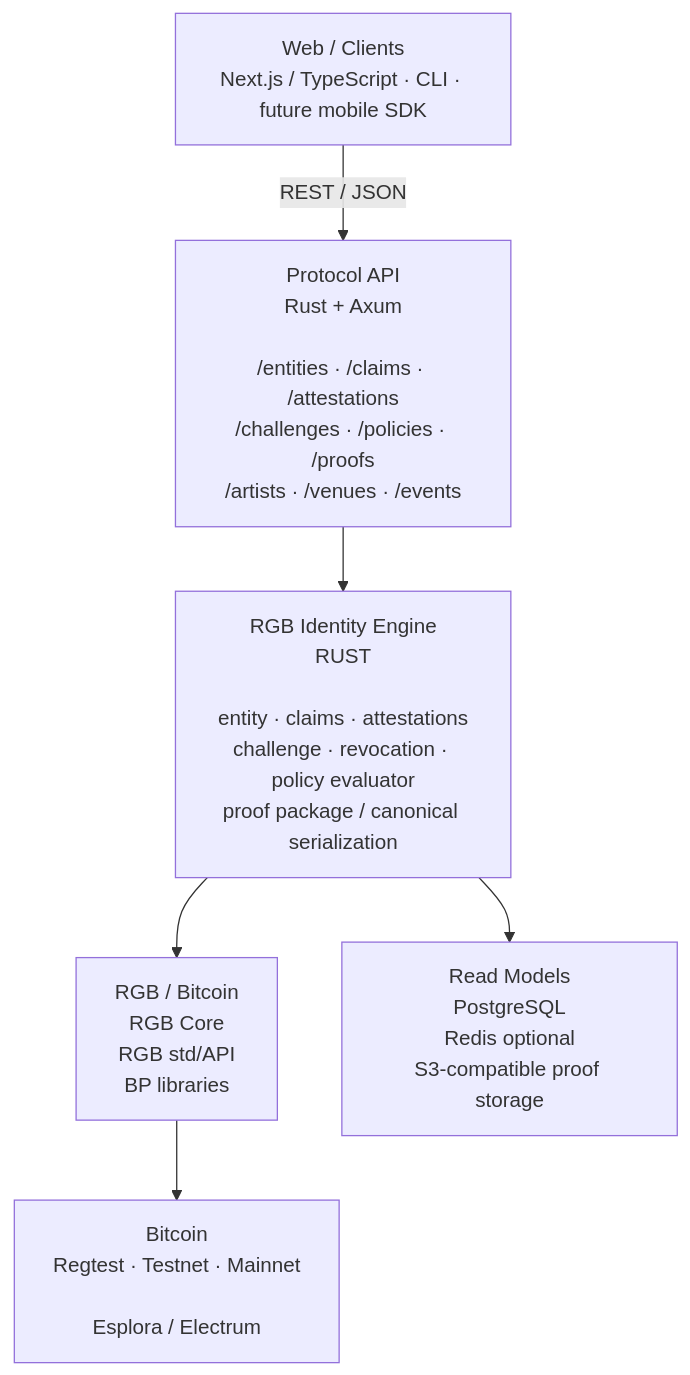
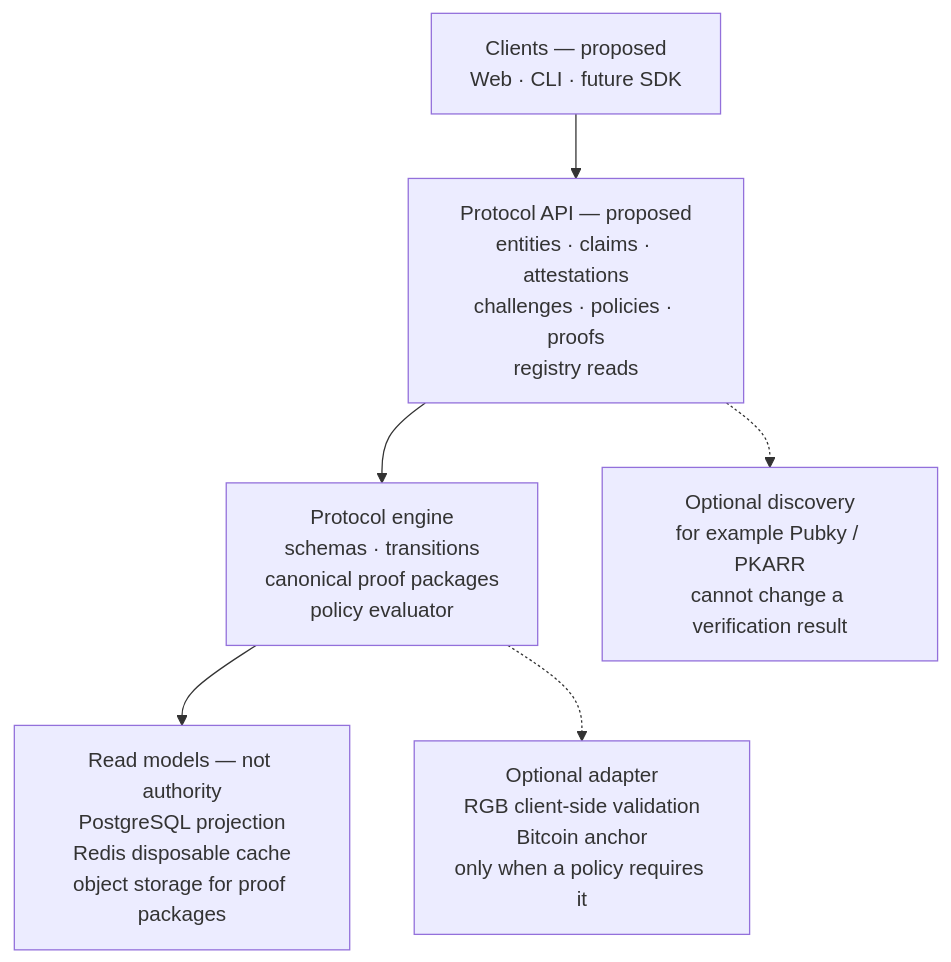
One commit to EdwinKestler/o2a-protocol changed the diagram in docs/diagrams/05-software-stack-architecture.md. Above: the diagram before and after it, drawn with Mermaid. The commit also changed other lines of this file and 11 other files, not shown here.

First line of the commit message:
Align the site and diagrams with the specification.

````diff
--- a/docs/diagrams/05-software-stack-architecture.md
+++ b/docs/diagrams/05-software-stack-architecture.md
@@ -5,15 +5,14 @@
 ```mermaid
 flowchart TB
-    WC["Web / Clients<br/>Next.js / TypeScript · CLI · future mobile SDK"]
-    API["Protocol API<br/>Rust + Axum<br/><br/>/entities · /claims · /attestations<br/>/challenges · /policies · /proofs<br/>/artists · /venues · /events"]
-    ENG["RGB Identity Engine<br/>RUST<br/><br/>entity · claims · attestations<br/>challenge · revocation · policy evaluator<br/>proof package / canonical serialization"]
-    RGB["RGB / Bitcoin<br/>RGB Core<br/>RGB std/API<br/>BP libraries"]
-    RM["Read Models<br/>PostgreSQL<br/>Redis optional<br/>S3-compatible proof storage"]
-    BTC["Bitcoin<br/>Regtest · Testnet · Mainnet<br/><br/>Esplora / Electrum"]
+    WC["Clients — proposed<br/>Web · CLI · future SDK"]
+    API["Protocol API — proposed<br/>entities · claims · attestations<br/>challenges · policies · proofs<br/>registry reads"]
+    ENG["Protocol engine<br/>schemas · transitions<br/>canonical proof packages<br/>policy evaluator"]
+    RM["Read models — not authority<br/>PostgreSQL projection<br/>Redis disposable cache<br/>object storage for proof packages"]
+    ADAPT["Optional adapter<br/>RGB client-side validation<br/>Bitcoin anchor<br/>only when a policy requires it"]
+    DISC["Optional discovery<br/>for example Pubky / PKARR<br/>cannot change a verification result"]
 
-    WC -->|"REST / JSON"| API
-    API --> ENG
-    ENG --> RGB
+    WC --> API --> ENG
     ENG --> RM
-    RGB --> BTC
+    ENG -.-> ADAPT
+    API -.-> DISC
 ```
````
